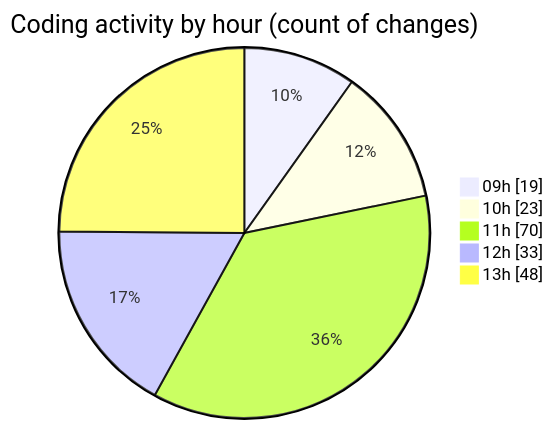
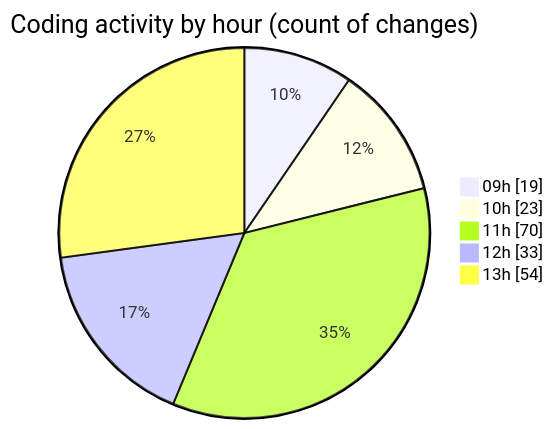
The second of 2 diagrams in 2026-02-12/cda/README.md (momahboobian/code-tracking), drawn with Mermaid before and after one commit. The commit also changed other lines of this file and 1 other file, not shown here.

````diff
--- a/2026-02-12/cda/README.md
+++ b/2026-02-12/cda/README.md
@@ -48,9 +50,9 @@
 ```mermaid
 pie showData
 title Coding activity by hour (count of changes)
 "09h" : 19
 "10h" : 23
 "11h" : 70
 "12h" : 33
-"13h" : 48
+"13h" : 54
 ```
````
